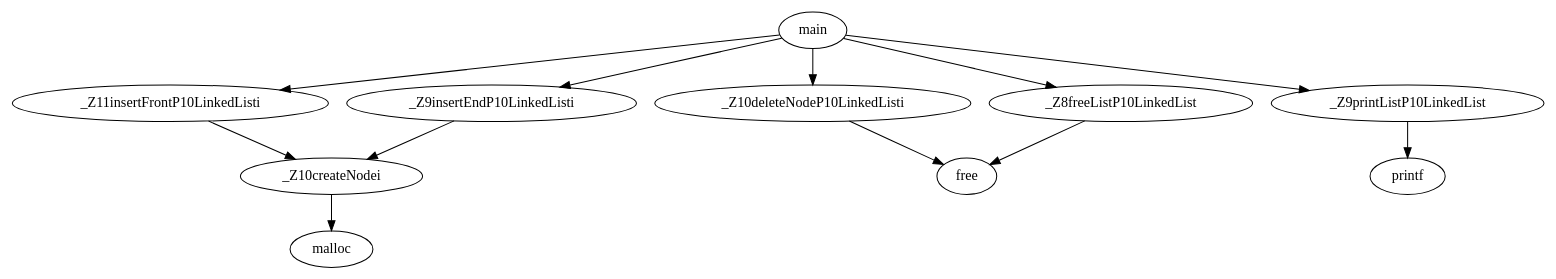
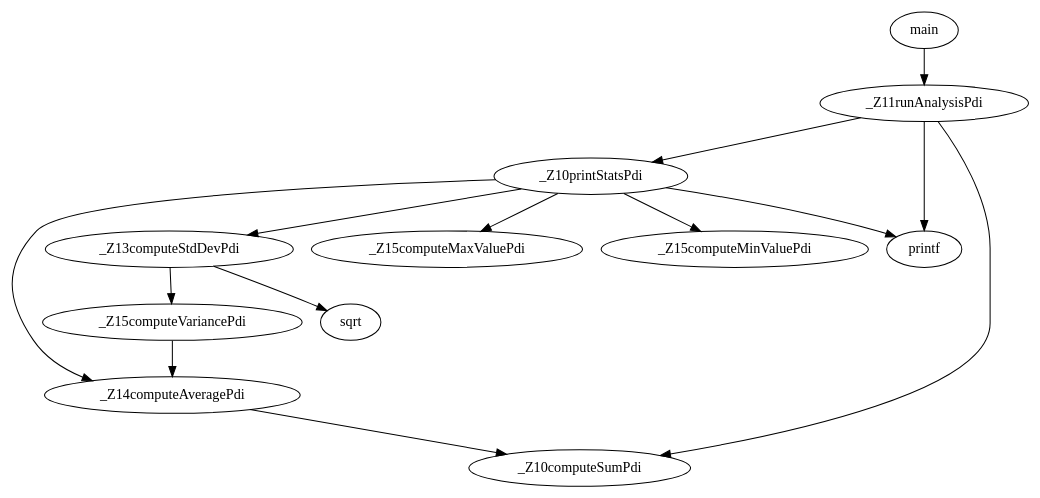
Before and after one commit to EmonRezaBD/commitFuzz: the diagram in graph.dot, drawn with Graphviz. The commit also changed 6 other files, not shown here.

Commit message:
Multi-file call graph success

```diff
--- a/graph.dot
+++ b/graph.dot
@@ -1,13 +1,15 @@
 digraph G {
-_Z10createNodei->malloc;
-_Z11insertFrontP10LinkedListi->_Z10createNodei;
-_Z9insertEndP10LinkedListi->_Z10createNodei;
-_Z10deleteNodeP10LinkedListi->free;
-_Z9printListP10LinkedList->printf;
-_Z8freeListP10LinkedList->free;
-main->_Z9insertEndP10LinkedListi;
-main->_Z11insertFrontP10LinkedListi;
-main->_Z9printListP10LinkedList;
-main->_Z10deleteNodeP10LinkedListi;
-main->_Z8freeListP10LinkedList;
+_Z15computeVariancePdi->_Z14computeAveragePdi;
+_Z13computeStdDevPdi->_Z15computeVariancePdi;
+_Z13computeStdDevPdi->sqrt;
+_Z10printStatsPdi->_Z14computeAveragePdi;
+_Z10printStatsPdi->_Z15computeMaxValuePdi;
+_Z10printStatsPdi->_Z15computeMinValuePdi;
+_Z10printStatsPdi->_Z13computeStdDevPdi;
+_Z10printStatsPdi->printf;
+_Z11runAnalysisPdi->printf;
+_Z11runAnalysisPdi->_Z10printStatsPdi;
+_Z11runAnalysisPdi->_Z10computeSumPdi;
+main->_Z11runAnalysisPdi;
+_Z14computeAveragePdi->_Z10computeSumPdi;
 }
```
